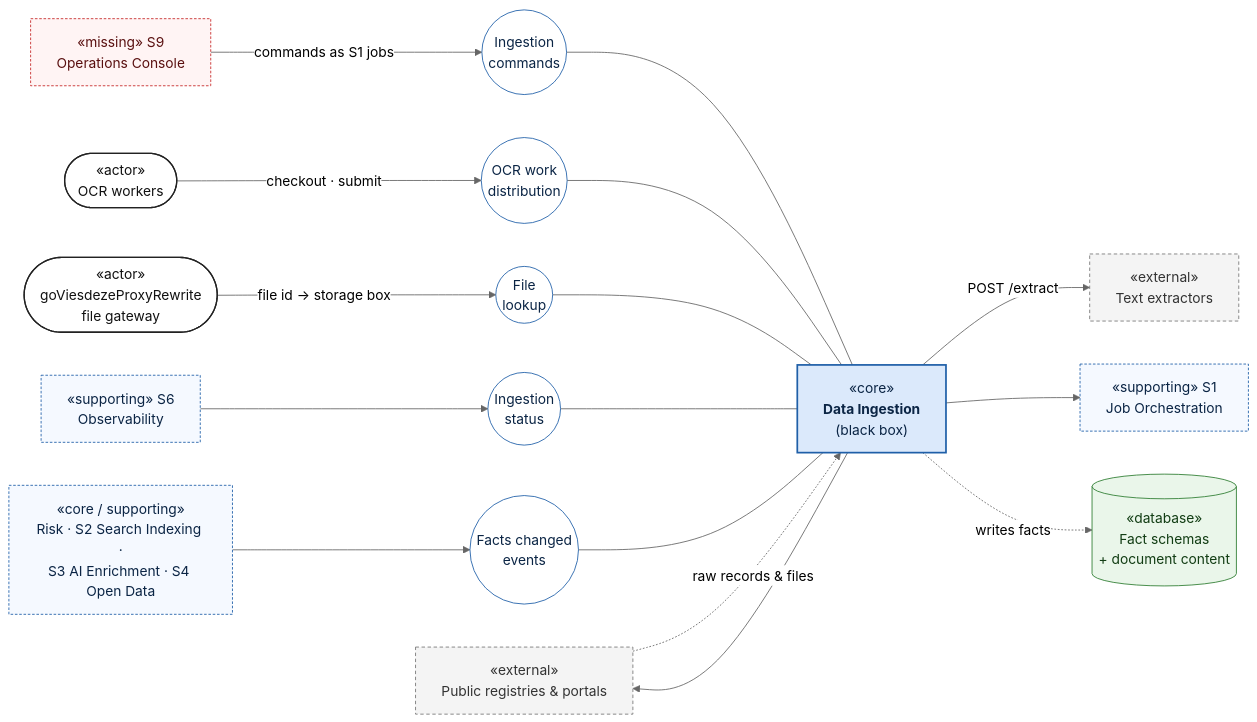
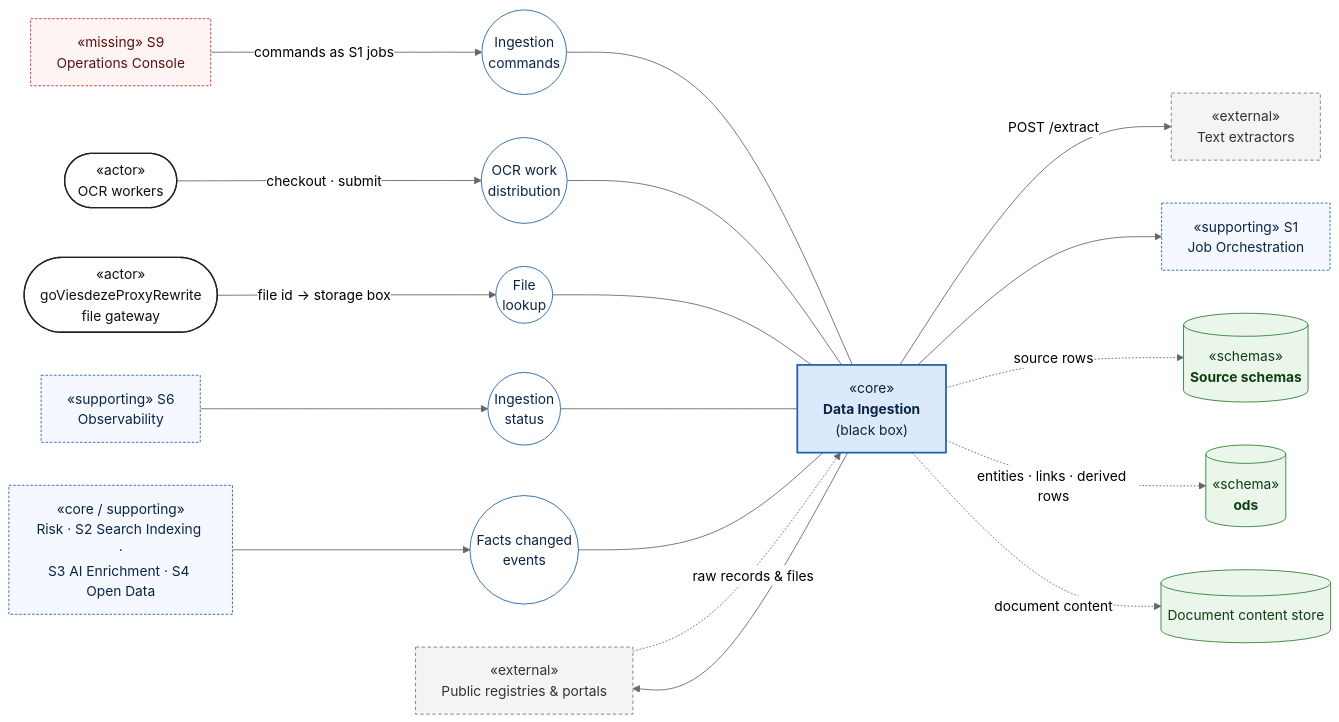
The second of 10 diagrams in docs/architecture/architecture-upgrade.md (Viespirkiu-grupe/viespirkiai), drawn with Mermaid (neutral theme) before and after one commit. The commit also changed other lines of this file, not shown here.

````diff
--- a/docs/architecture/architecture-upgrade.md
+++ b/docs/architecture/architecture-upgrade.md
@@ -167,40 +187,44 @@
 ```mermaid
 flowchart LR
     classDef actor fill: #ffffff, stroke: #222, stroke-width: 1.5px, color: #111
     classDef core fill: #dbe9fb, stroke: #1f5fa8, stroke-width: 2px, color: #0b2545
     classDef sup fill: #f5f9ff, stroke: #1f5fa8, stroke-dasharray: 3 2, color: #0b2545
     classDef store fill: #eaf6ea, stroke: #2e7d32, color: #123d14
     classDef ext fill: #f4f4f4, stroke: #777, stroke-dasharray: 4 3, color: #333
     classDef iface fill: #ffffff, stroke: #1f5fa8, color: #0b2545
     classDef missing fill: #fff4f4, stroke: #c62828, stroke-dasharray: 3 2, color: #5a1010
     src["«external»<br/>Public registries & portals"]:::ext
     extr["«external»<br/>Text extractors"]:::ext
     ocr(["«actor»<br/>OCR workers"]):::actor
     fpr(["«actor»<br/>goViesdezeProxyRewrite<br/>file gateway"]):::actor
     iCmd(("Ingestion<br/>commands")):::iface
     iWork(("OCR work<br/>distribution")):::iface
     iFile(("File<br/>lookup")):::iface
     iStatus(("Ingestion<br/>status")):::iface
     iEvt(("Facts changed<br/>events")):::iface
     ing["«core»<br/><b>Data Ingestion</b><br/>(black box)"]:::core
-    facts[("«database»<br/>Fact schemas<br/>+ document content")]:::store
+    srcdb[("«schemas»<br/><b>Source schemas</b>")]:::store
+    ods[("«schema»<br/><b>ods</b>")]:::store
+    docs[("Document content store")]:::store
     s1["«supporting» S1<br/>Job Orchestration"]:::sup
     s6["«supporting» S6<br/>Observability"]:::sup
     s9["«missing» S9<br/>Operations Console"]:::missing
     cons["«core / supporting»<br/>Risk · S2 Search Indexing ·<br/>S3 AI Enrichment · S4 Open Data"]:::sup
     iCmd --- ing
     iWork --- ing
     iFile --- ing
     iStatus --- ing
     iEvt --- ing
     s9 -->|" commands as S1 jobs "| iCmd
     ocr -->|" checkout · submit "| iWork
     fpr -->|" file id → storage box "| iFile
     s6 --> iStatus
     cons --> iEvt
     ing --> src
     ing -->|" POST /extract "| extr
     ing --> s1
     src -.->|" raw records & files "| ing
-    ing -.->|" writes facts "| facts
+    ing -.->|" source rows "| srcdb
+    ing -.->|" entities · links · derived rows "| ods
+    ing -.->|" document content "| docs
 ```
````
